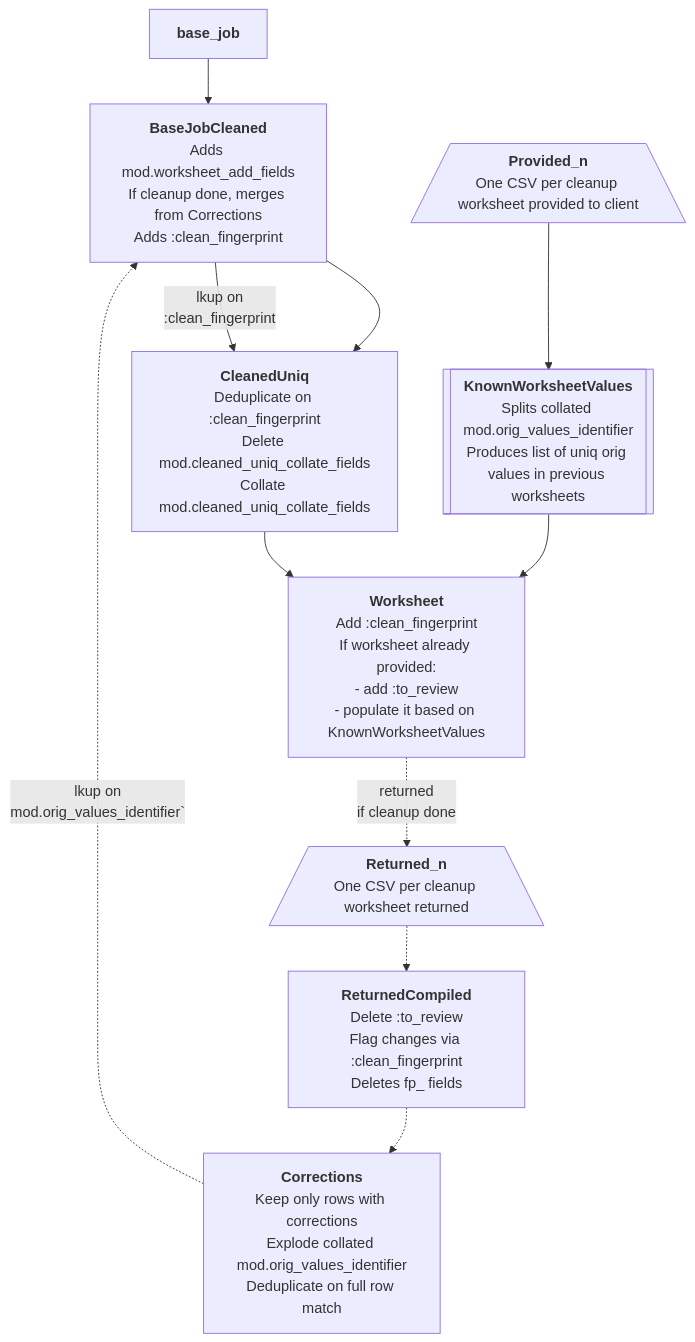
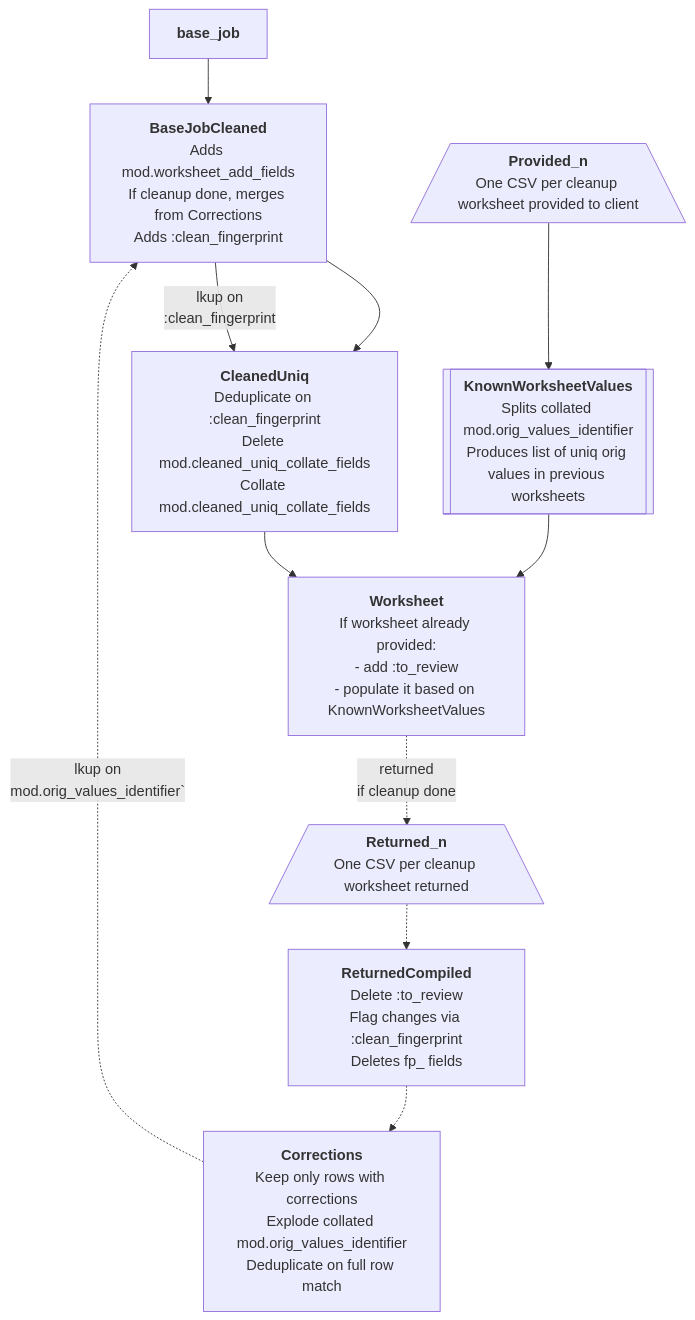
Before and after one commit to lyrasis/kiba-extend: the diagram in doc/iterative_cleanup_flowchart.mmd, drawn with Mermaid. The commit also changed 3 other files, not shown here.

Commit message:
Worksheet does not need to re-add :clean_fingerprint

```diff
--- a/doc/iterative_cleanup_flowchart.mmd
+++ b/doc/iterative_cleanup_flowchart.mmd
@@ -1,67 +1,66 @@
 graph TD;
     base_job["`**base_job**`"]
 
     BaseJobCleaned["`**BaseJobCleaned**
     Adds mod.worksheet_add_fields
     If cleanup done, merges from Corrections
     Adds :clean_fingerprint`"]
 
     CleanedUniq["`**CleanedUniq**
     Deduplicate on :clean_fingerprint
     Delete mod.cleaned_uniq_collate_fields
     Collate mod.cleaned_uniq_collate_fields`"]
 
     Worksheet["`**Worksheet**
-    Add :clean_fingerprint
     If worksheet already provided:
     - add :to_review
     - populate it based on KnownWorksheetValues`"]
 
     Returned[/"`**Returned_n**
     One CSV per cleanup worksheet returned`"\]
 
     Provided[/"`**Provided_n**
     One CSV per cleanup worksheet provided to client`"\]
 
     ReturnedCompiled["`**ReturnedCompiled**
     Delete :to_review
     Flag changes via :clean_fingerprint
     Deletes fp_ fields`"]
 
     KnownWorksheetValues[["`**KnownWorksheetValues**
     Splits collated mod.orig_values_identifier
     Produces list of uniq orig values in previous worksheets`"]]
 
     Corrections["`**Corrections**
     Keep only rows with corrections
     Explode collated mod.orig_values_identifier
     Deduplicate on full row match`"]
 
     base_job-->BaseJobCleaned;
 
     Corrections-.
     "lkup on
     mod.orig_values_identifier`" .->
     BaseJobCleaned;
 
     BaseJobCleaned-->CleanedUniq;
 
     BaseJobCleaned--
     "`lkup on
     :clean_fingerprint`" -->
     CleanedUniq;
 
     CleanedUniq-->Worksheet;
 
     Worksheet-.
     "`returned
     if cleanup done`" .->
     Returned;
 
     Returned-.->ReturnedCompiled;
 
     ReturnedCompiled-.->Corrections;
 
     Provided-->KnownWorksheetValues;
 
     KnownWorksheetValues-->Worksheet;
```
